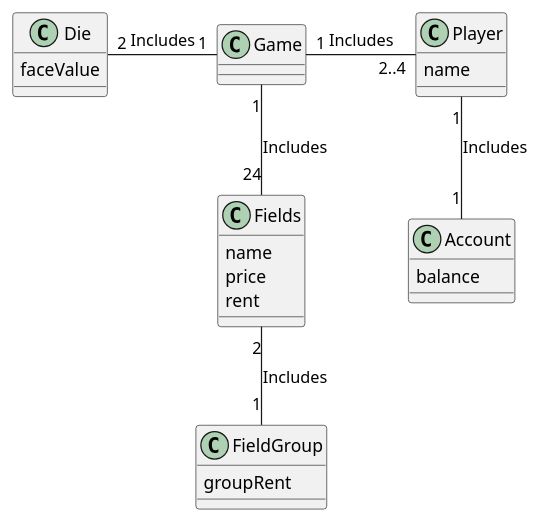
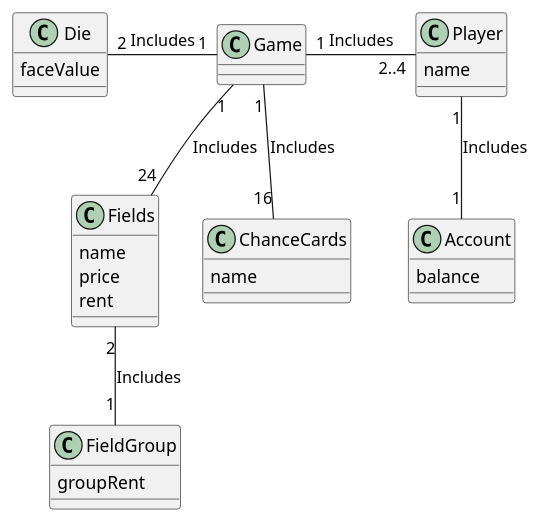
One commit to DTUSoftware/25_del3 changed the diagram in src/main/resources/DomainModel.puml. Above: the diagram before and after it, drawn with PlantUML.

Commit message:
updated domain model

```diff
--- a/src/main/resources/DomainModel.puml
+++ b/src/main/resources/DomainModel.puml
@@ -1,34 +1,40 @@
 @startuml
 'https://plantuml.com/class-diagram
 
 class Game {
 }
 
 class Die {
     faceValue
 }
 
 class Player {
     name
 }
 
 class Fields {
     name
     price
     rent
 }
 
+
 class FieldGroup {
     groupRent
 }
 
 class Account {
     balance
 }
 
+class ChanceCards {
+    name
+}
+
 Game "1" -r "2..4" Player : Includes
 Game "1" -l "2" Die : Includes
 Game "1" -- "24" Fields : Includes
 Fields "2" -- "1" FieldGroup : Includes
 Player  "1" -d- "1" Account: Includes
+Game "1" -d- "16" ChanceCards: Includes
 @enduml
```
